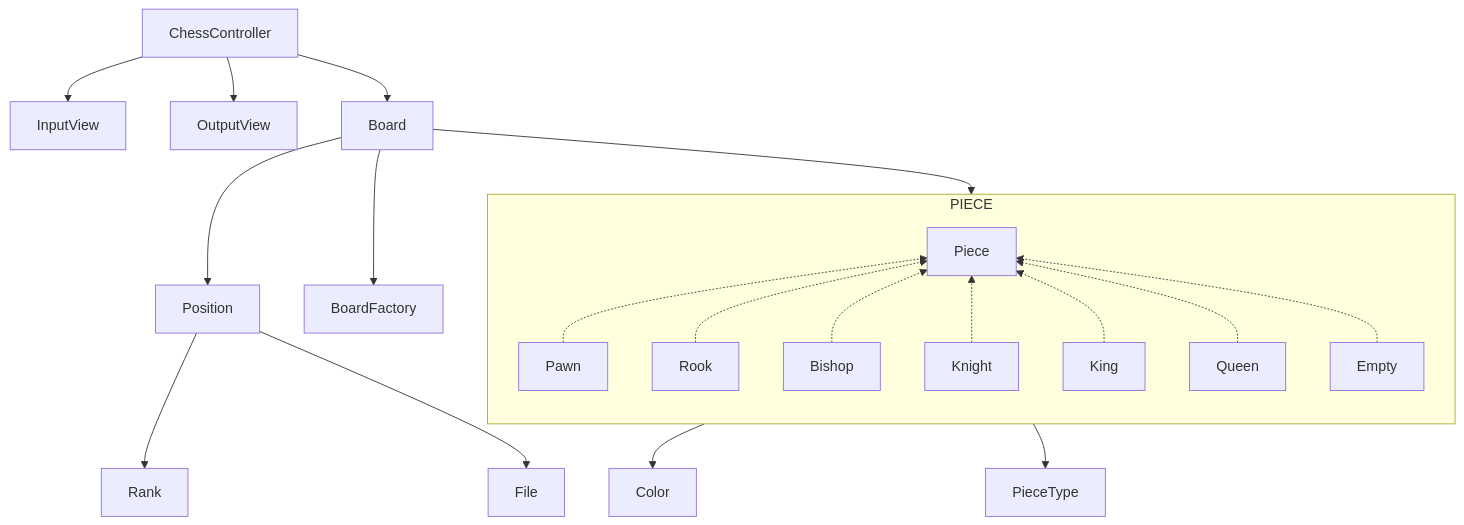
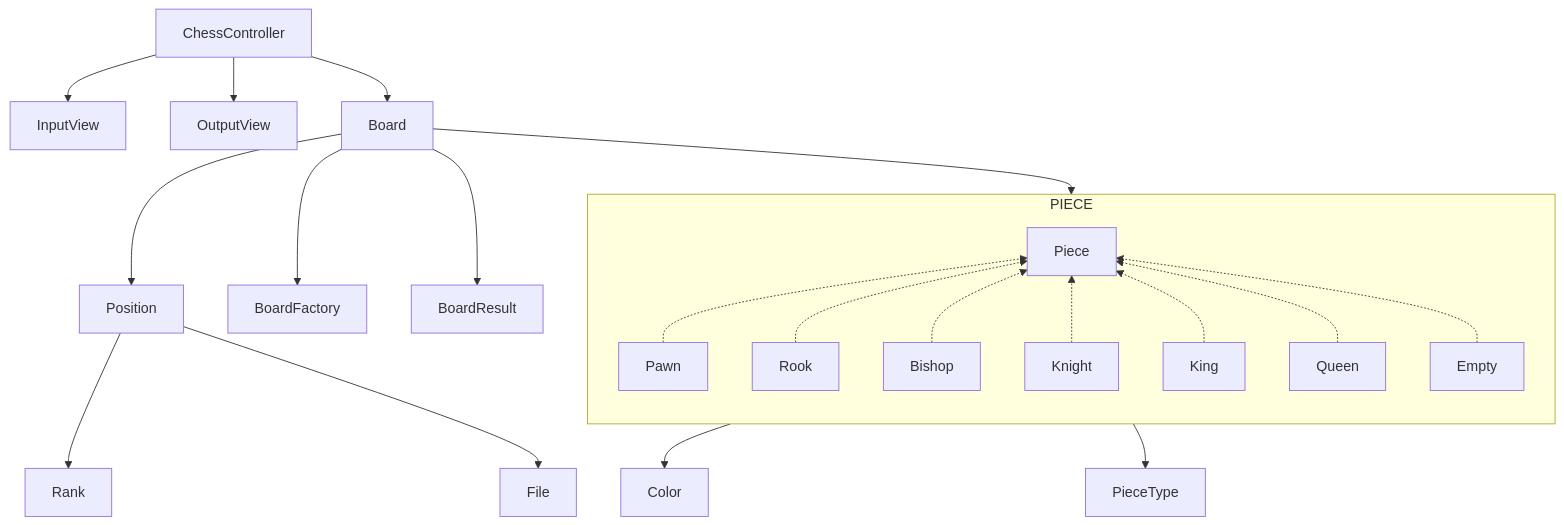
One commit to woowacourse/java-chess changed the diagram in README.md. Above: the diagram before and after it, drawn with Mermaid. The commit also changed other lines of this file, not shown here.

````diff
--- a/README.md
+++ b/README.md
@@ -44,28 +56,29 @@
 ```mermaid
 graph TD
     ChessController --> InputView
     ChessController --> OutputView
 
     ChessController --> Board
     
     Board --> BoardFactory
+    Board --> BoardResult
 
     Position --> Rank
     Position --> File
 
     Board --> Position
     Board --> PIECE
     PIECE --> Color
     PIECE --> PieceType
 
     subgraph PIECE
         direction BT
         Pawn -.-> Piece
         Rook -.-> Piece
         Bishop -.-> Piece
         Knight -.-> Piece
         King -.-> Piece
         Queen -.-> Piece
         Empty -.-> Piece
     end
 ```
````
